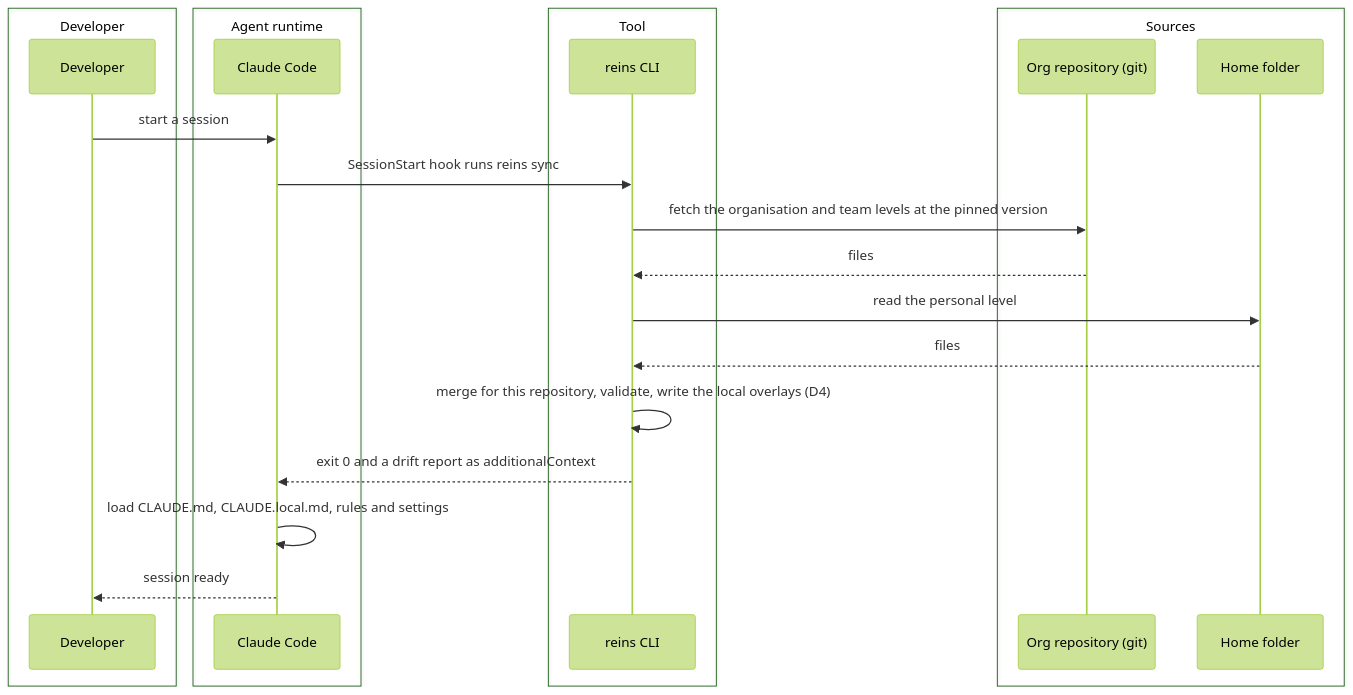
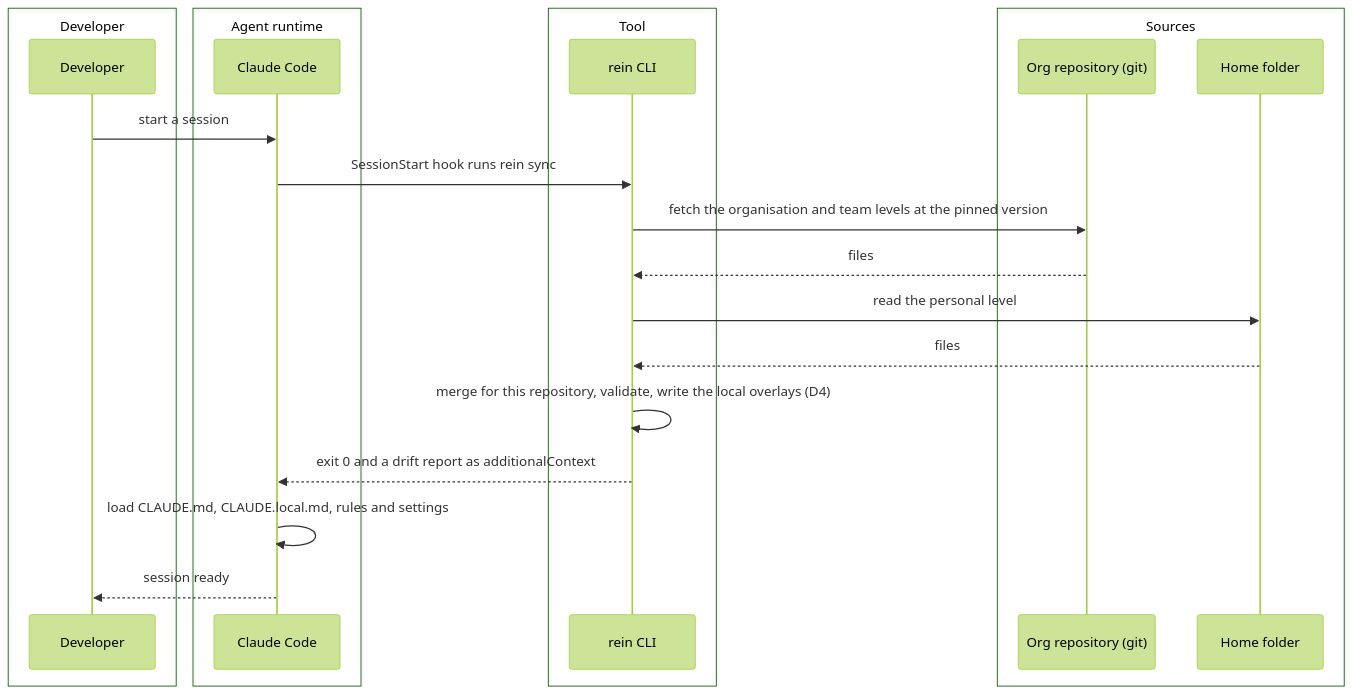
Before and after one commit to Danidani23/agents-rein: the third of 4 diagrams in docs/implementation_plans/2026-10-11_harness-distribution-tool.md, drawn with Mermaid (forest theme). The commit also changed other lines of this file and 11 other files, not shown here.

````diff
--- a/docs/implementation_plans/2026-10-11_harness-distribution-tool.md
+++ b/docs/implementation_plans/2026-10-11_harness-distribution-tool.md
@@ -470,26 +473,26 @@
 ```mermaid
 sequenceDiagram
     box Developer
         participant D as Developer
     end
     box Agent runtime
         participant CC as Claude Code
     end
     box Tool
-        participant HS as reins CLI
+        participant HS as rein CLI
     end
     box Sources
         participant SR as Org repository (git)
         participant HF as Home folder
     end
     D->>CC: start a session
-    CC->>HS: SessionStart hook runs reins sync
+    CC->>HS: SessionStart hook runs rein sync
     HS->>SR: fetch the organisation and team levels at the pinned version
     SR-->>HS: files
     HS->>HF: read the personal level
     HF-->>HS: files
     HS->>HS: merge for this repository, validate, write the local overlays (D4)
     HS-->>CC: exit 0 and a drift report as additionalContext
     CC->>CC: load CLAUDE.md, CLAUDE.local.md, rules and settings
     CC-->>D: session ready
 ```
````
